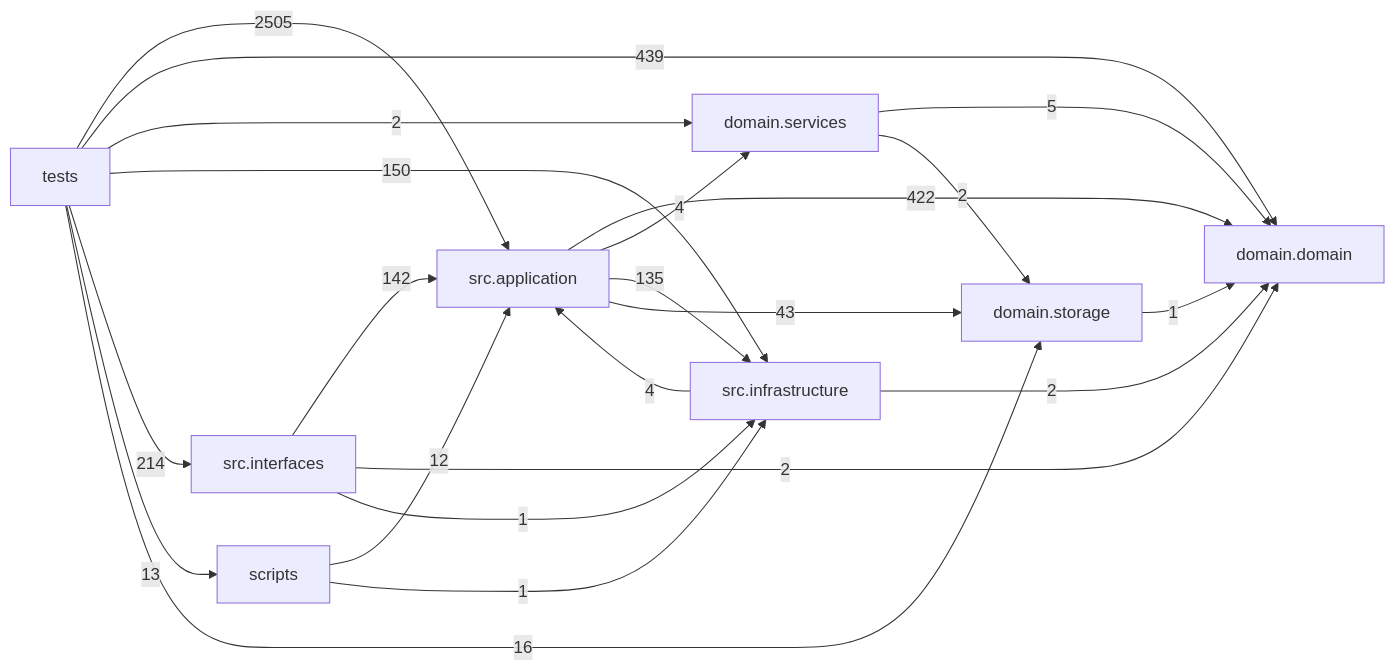
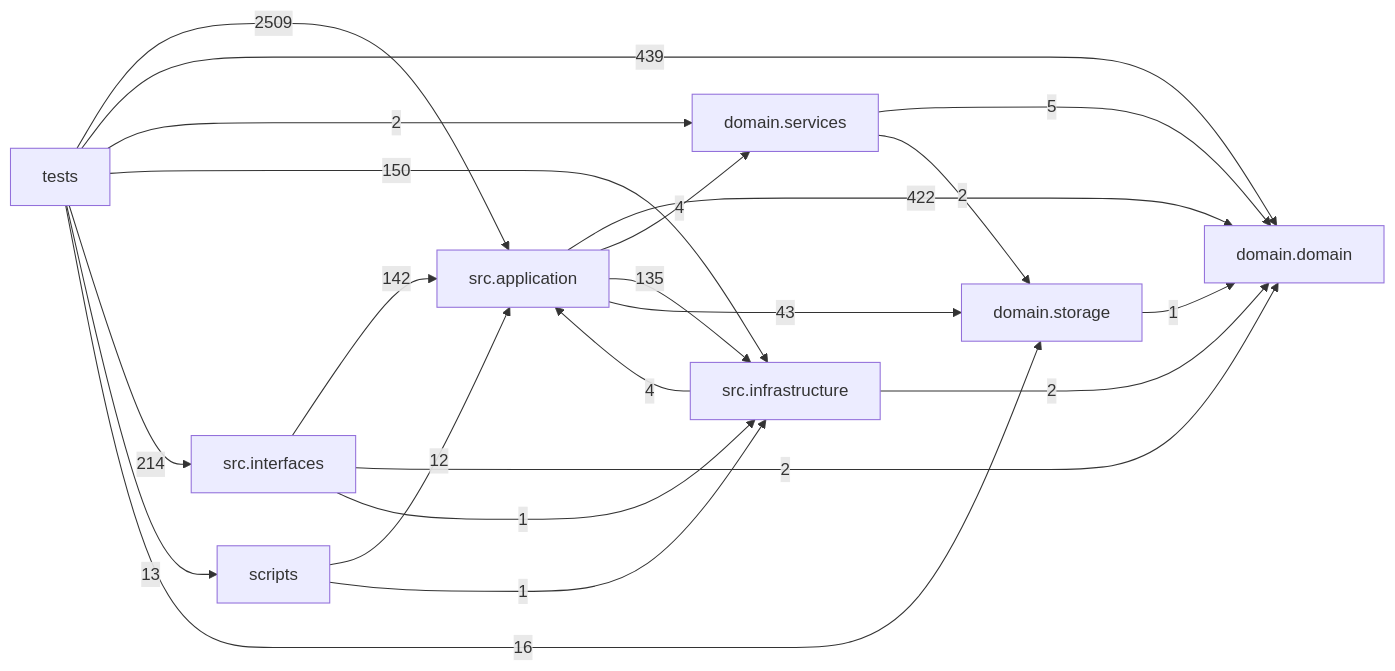
Before and after one commit to liuxie066/options-monitor: the diagram in docs/DEPENDENCY_GRAPH.md, drawn with Mermaid. The commit also changed other lines of this file and 1 other file, not shown here.

Commit message:
chore: add 1.10.17 release delta coverage and refresh dependency graph

````diff
--- a/docs/DEPENDENCY_GRAPH.md
+++ b/docs/DEPENDENCY_GRAPH.md
@@ -24,32 +24,32 @@
 ```mermaid
 flowchart LR
   tests["tests"]
   scripts["scripts"]
   interfaces["src.interfaces"]
   application["src.application"]
   infrastructure["src.infrastructure"]
   domain_services["domain.services"]
   domain["domain.domain"]
   storage["domain.storage"]
   application -->|422| domain
   application -->|4| domain_services
   application -->|135| infrastructure
   application -->|43| storage
   domain_services -->|5| domain
   domain_services -->|2| storage
   infrastructure -->|4| application
   infrastructure -->|2| domain
   interfaces -->|142| application
   interfaces -->|2| domain
   interfaces -->|1| infrastructure
   scripts -->|12| application
   scripts -->|1| infrastructure
   storage -->|1| domain
-  tests -->|2505| application
+  tests -->|2509| application
   tests -->|439| domain
   tests -->|2| domain_services
   tests -->|150| infrastructure
   tests -->|214| interfaces
   tests -->|13| scripts
   tests -->|16| storage
 ```
````
